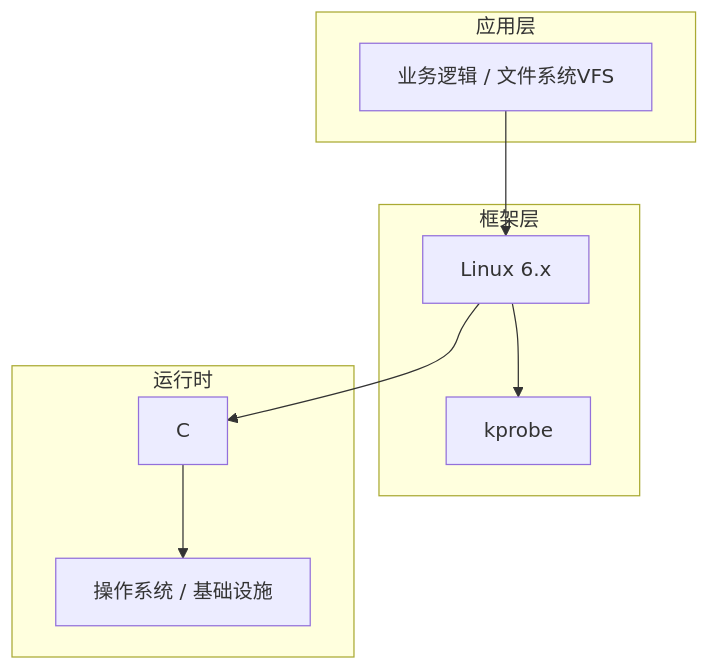
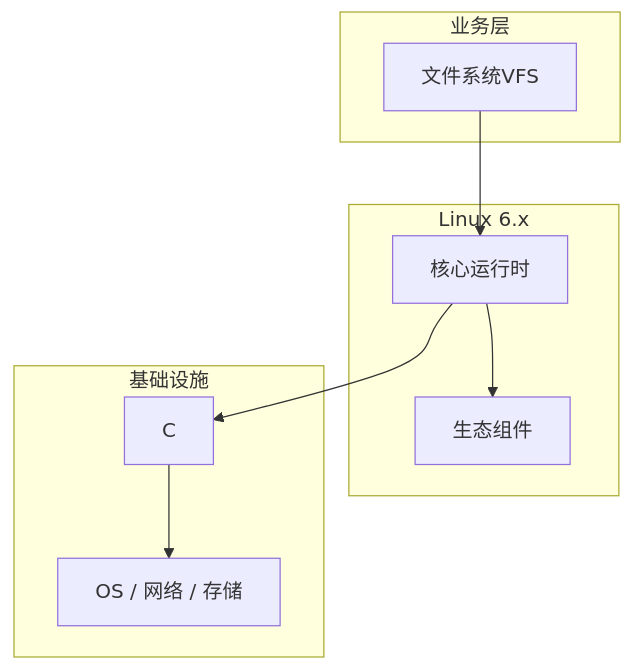
The diagram in articles/Linux内核/chapters/101-文件系统VFS核心概念与原理.md (yanggan2015/knowledge-json-v2), drawn with Mermaid before and after one commit. The commit also changed other lines of this file and 10127 other files, not shown here.

````diff
--- a/articles/Linux内核/chapters/101-文件系统VFS核心概念与原理.md
+++ b/articles/Linux内核/chapters/101-文件系统VFS核心概念与原理.md
@@ -45,18 +34,18 @@
 ```mermaid
 graph TB
-    subgraph 应用层
-        A[业务逻辑 / 文件系统VFS]
+    subgraph 业务层
+        A[文件系统VFS]
     end
-    subgraph 框架层
-        B[Linux 6.x]
-        C[kprobe]
+    subgraph Linux 6.x
+        B[核心运行时]
+        C[生态组件]
     end
-    subgraph 运行时
+    subgraph 基础设施
         D[C]
-        E[操作系统 / 基础设施]
+        E[OS / 网络 / 存储]
     end
     A --> B
     B --> C
     B --> D
     D --> E
 ```
````
